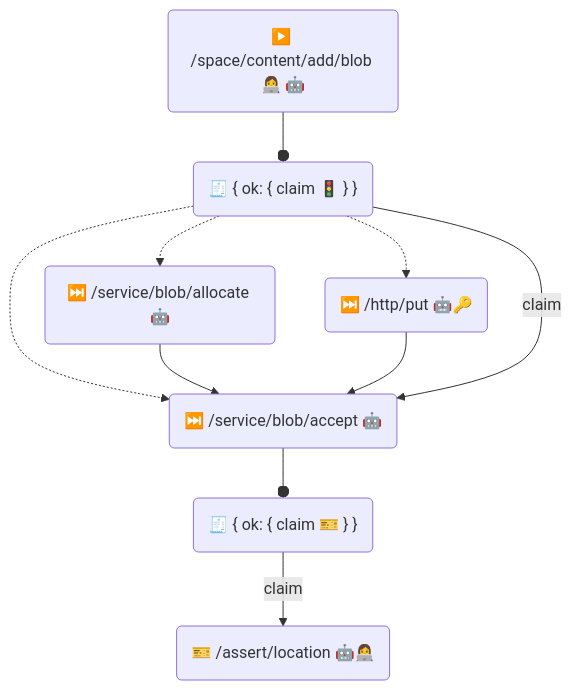
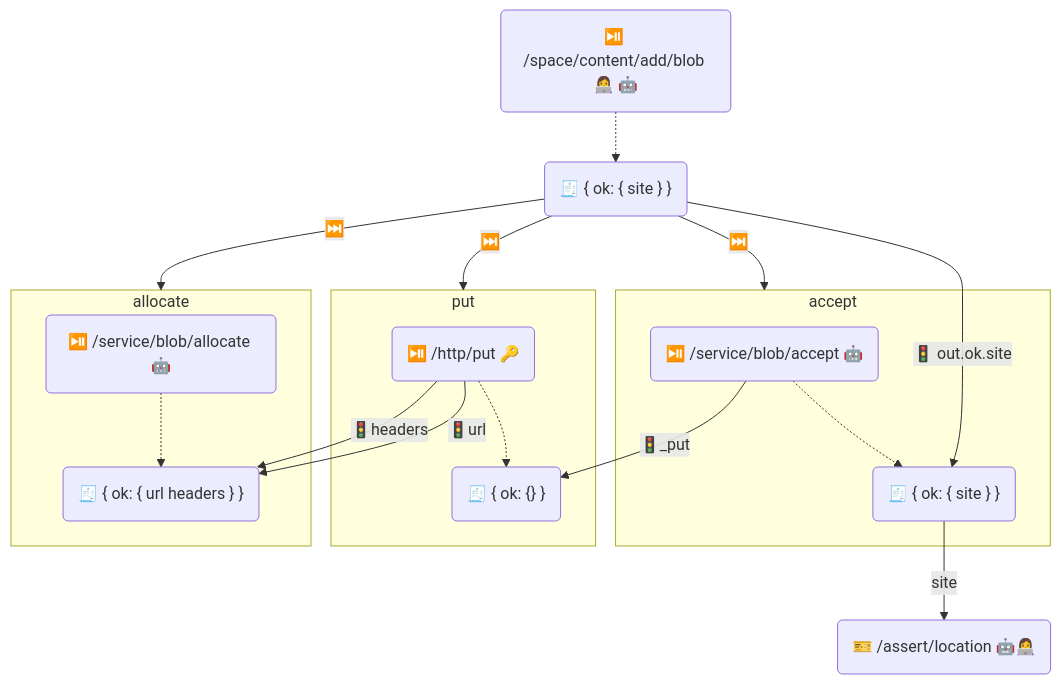
Before and after one commit to storacha/specs: the diagram in w3-blob.md, drawn with Mermaid. The commit also changed other lines of this file and 1 other file, not shown here.

````diff
--- a/w3-blob.md
+++ b/w3-blob.md
@@ -56,28 +56,47 @@
 ```mermaid
 flowchart TB
-Add("▶️ /space/content/add/blob 👩‍💻 🤖")
-
-Added("🧾 { ok: { claim 🚦 } }")
-
-Allocate("⏭️ /service/blob/allocate 🤖")
-
-Put("⏭️ /http/put 🤖🔑")
-
-Accept("⏭️ /service/blob/accept 🤖")
-
-Accepted("🧾 { ok: { claim 🎫 } }")
+Add("⏯️ /space/content/add/blob 👩‍💻 🤖")
+AddOk("🧾 { ok: { site } }")
 
 
-Claim("🎫 /assert/location 🤖👩‍💻")
+subgraph accept
+Accept("⏯️ /service/blob/accept 🤖")
+AcceptOk("🧾 { ok: { site } }")
+end
 
-Add --o Added
-Added -.-> Allocate
-Added -.-> Accept
-Added -.-> Put
-Allocate --> Accept
+subgraph put
+Put("⏯️ /http/put 🔑")
+PutOk("🧾 { ok: {} }")
+end
 
-Put --> Accept
-Accept --o Accepted
-Accepted -- claim --> Claim
-Added -- claim --> Accept
+
+subgraph allocate
+Allocate("⏯️ /service/blob/allocate 🤖")
+AllocateOk("🧾 { ok: { url headers } }")
+end
+
+Site("🎫 /assert/location 🤖👩‍💻")
+
+
+
+Add -.-> AddOk
+AddOk -- ⏭️ --> allocate
+AddOk -- ⏭️ --> put
+AddOk -- ⏭️ --> accept
+AddOk -- 🚦 out.ok.site --> AcceptOk
+
+
+
+Allocate -.-> AllocateOk
+
+Put -- 🚦url --> AllocateOk
+Put -- 🚦headers --> AllocateOk
+
+Put -.-> PutOk
+
+
+
+Accept -- 🚦_put --> PutOk
+Accept -.-> AcceptOk
+AcceptOk -- site --> Site
 ```
````
